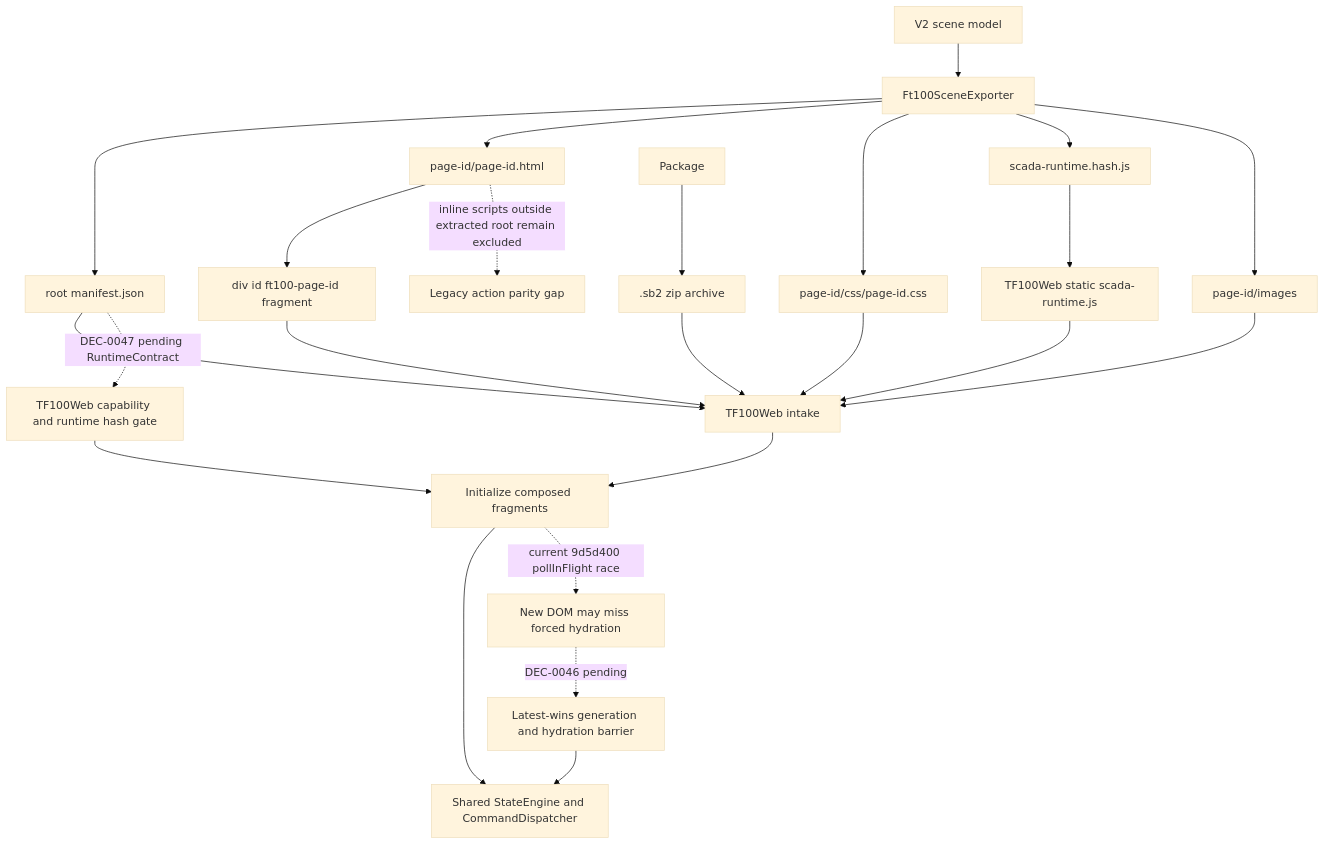
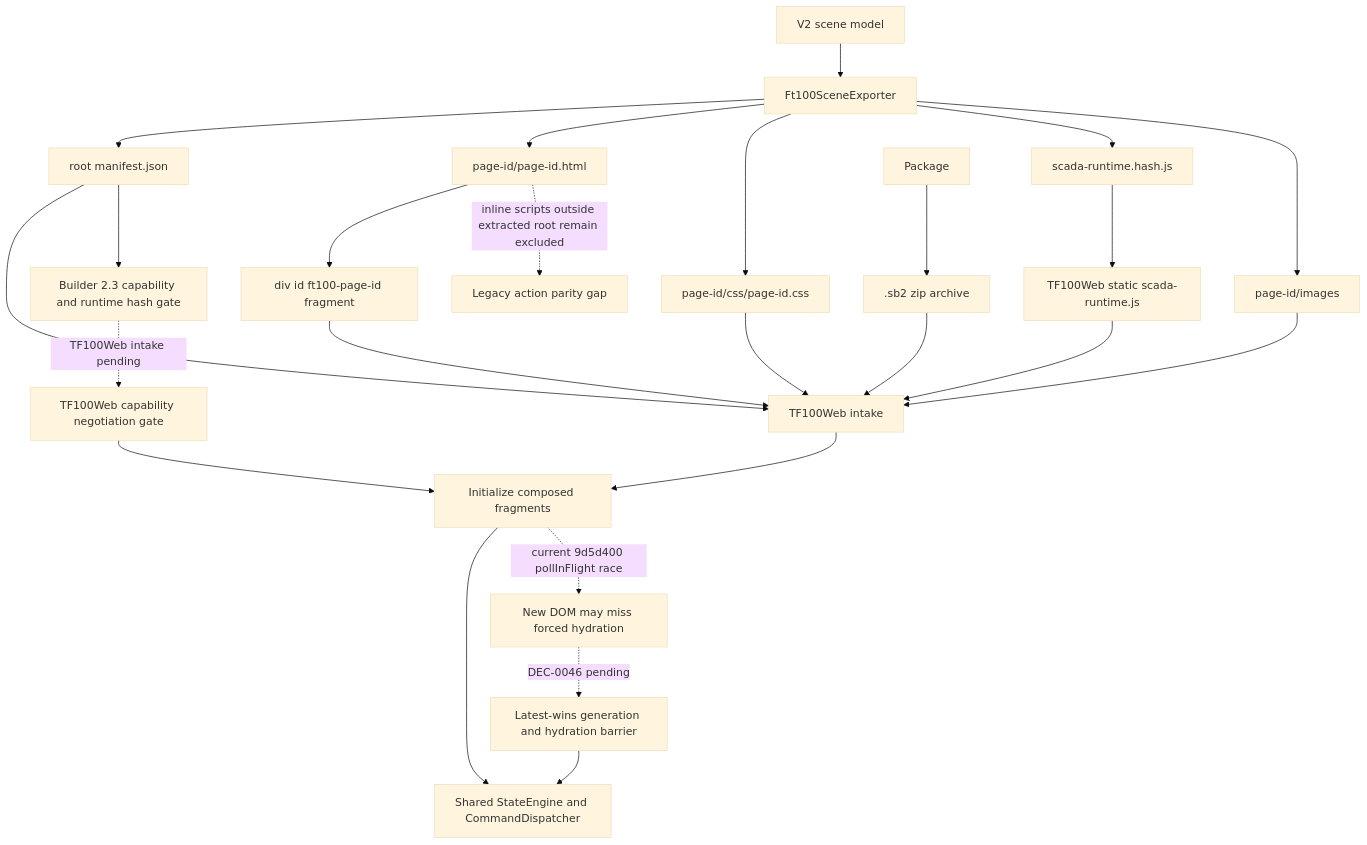
The diagram in docs/03_runtime_contracts/FT100_TF100WEB_PACKAGE_CONTRACT_V2.md (technologiesflorizon/scadabuilder), drawn with Mermaid (base theme) before and after one commit. The commit also changed other lines of this file and 13 other files, not shown here.

Commit message:
feat: publish runtime capabilities in manifest 2.3

````diff
--- a/docs/03_runtime_contracts/FT100_TF100WEB_PACKAGE_CONTRACT_V2.md
+++ b/docs/03_runtime_contracts/FT100_TF100WEB_PACKAGE_CONTRACT_V2.md
@@ -238,26 +240,27 @@
 ```mermaid
 flowchart TD
   Scene[V2 scene model] --> Exporter[Ft100SceneExporter]
   Exporter --> RootManifest[root manifest.json]
   Exporter --> PageHtml[page-id/page-id.html]
   Exporter --> PageCss[page-id/css/page-id.css]
   Exporter --> Runtime[scada-runtime.hash.js]
   Exporter --> Assets[page-id/images]
   RootManifest --> TF100Web[TF100Web intake]
   PageHtml --> RootFragment[div id ft100-page-id fragment]
   RootFragment --> TF100Web
   PageCss --> TF100Web
   Assets --> TF100Web
   Package --> Sb2[.sb2 zip archive]
   Sb2 --> TF100Web
   Runtime --> DeployRuntime[TF100Web static scada-runtime.js]
   DeployRuntime --> TF100Web
   TF100Web --> Init[Initialize composed fragments]
   Init --> StateCommand[Shared StateEngine and CommandDispatcher]
   Init -. current 9d5d400 pollInFlight race .-> HydrationGap[New DOM may miss forced hydration]
   HydrationGap -. DEC-0046 pending .-> NavigationEpoch[Latest-wins generation and hydration barrier]
   NavigationEpoch --> StateCommand
-  RootManifest -. DEC-0047 pending RuntimeContract .-> CapabilityGate[TF100Web capability and runtime hash gate]
+  RootManifest --> BuilderGate[Builder 2.3 capability and runtime hash gate]
+  BuilderGate -. TF100Web intake pending .-> CapabilityGate[TF100Web capability negotiation gate]
   CapabilityGate --> Init
   PageHtml -. inline scripts outside extracted root remain excluded .-> Gap[Legacy action parity gap]
 ```
````
